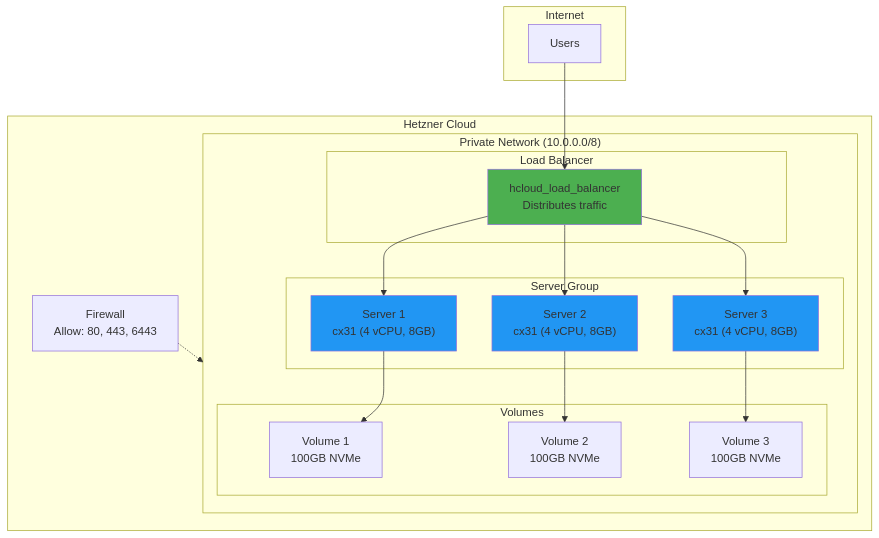
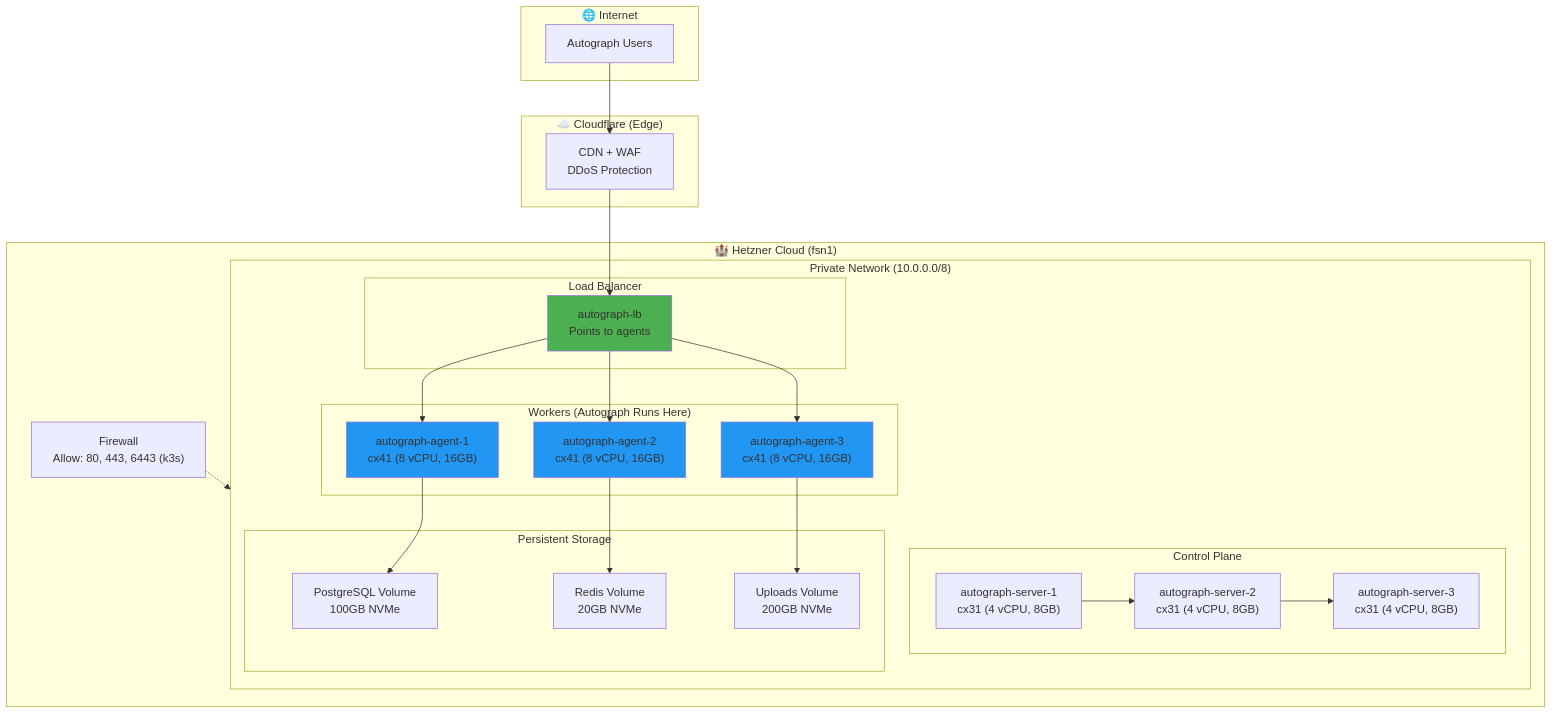
Before and after one commit to PearlThoughtsInternship/Internship-Obsidian-Vault: the fourth of 7 diagrams in DevOps/03-Platform/01-Cloud-Platforms.md, drawn with Mermaid. The commit also changed other lines of this file and 4 other files, not shown here.

````diff
--- a/DevOps/03-Platform/01-Cloud-Platforms.md
+++ b/DevOps/03-Platform/01-Cloud-Platforms.md
@@ -75,40 +118,52 @@
 ```mermaid
 flowchart TB
-    subgraph Internet["Internet"]
-        Users["Users"]
+    subgraph Internet["🌐 Internet"]
+        Users["Autograph Users"]
     end
 
-    subgraph Hetzner["Hetzner Cloud"]
+    subgraph CF["☁️ Cloudflare (Edge)"]
+        CDN["CDN + WAF<br/>DDoS Protection"]
+    end
+
+    subgraph Hetzner["🏰 Hetzner Cloud (fsn1)"]
         subgraph Network["Private Network (10.0.0.0/8)"]
             subgraph LB["Load Balancer"]
-                HLB["hcloud_load_balancer<br/>Distributes traffic"]
+                HLB["autograph-lb<br/>Points to agents"]
             end
 
-            subgraph Servers["Server Group"]
-                S1["Server 1<br/>cx31 (4 vCPU, 8GB)"]
-                S2["Server 2<br/>cx31 (4 vCPU, 8GB)"]
-                S3["Server 3<br/>cx31 (4 vCPU, 8GB)"]
+            subgraph Servers["Control Plane"]
+                S1["autograph-server-1<br/>cx31 (4 vCPU, 8GB)"]
+                S2["autograph-server-2<br/>cx31 (4 vCPU, 8GB)"]
+                S3["autograph-server-3<br/>cx31 (4 vCPU, 8GB)"]
             end
 
-            subgraph Storage["Volumes"]
-                V1["Volume 1<br/>100GB NVMe"]
-                V2["Volume 2<br/>100GB NVMe"]
-                V3["Volume 3<br/>100GB NVMe"]
+            subgraph Agents["Workers (Autograph Runs Here)"]
+                A1["autograph-agent-1<br/>cx41 (8 vCPU, 16GB)"]
+                A2["autograph-agent-2<br/>cx41 (8 vCPU, 16GB)"]
+                A3["autograph-agent-3<br/>cx41 (8 vCPU, 16GB)"]
+            end
+
+            subgraph Storage["Persistent Storage"]
+                V1["PostgreSQL Volume<br/>100GB NVMe"]
+                V2["Redis Volume<br/>20GB NVMe"]
+                V3["Uploads Volume<br/>200GB NVMe"]
             end
         end
 
-        FW["Firewall<br/>Allow: 80, 443, 6443"]
+        FW["Firewall<br/>Allow: 80, 443, 6443 (k3s)"]
     end
 
-    Users --> HLB
-    HLB --> S1 & S2 & S3
-    S1 --> V1
-    S2 --> V2
-    S3 --> V3
+    Users --> CDN
+    CDN --> HLB
+    HLB --> A1 & A2 & A3
+    S1 --> S2 --> S3
+    A1 --> V1
+    A2 --> V2
+    A3 --> V3
     FW -.-> Network
 
     style HLB fill:#4CAF50
-    style S1 fill:#2196F3
-    style S2 fill:#2196F3
-    style S3 fill:#2196F3
+    style A1 fill:#2196F3
+    style A2 fill:#2196F3
+    style A3 fill:#2196F3
 ```
````
